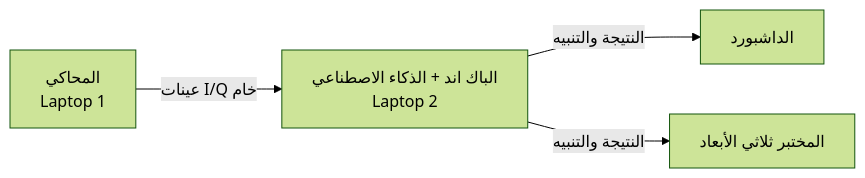
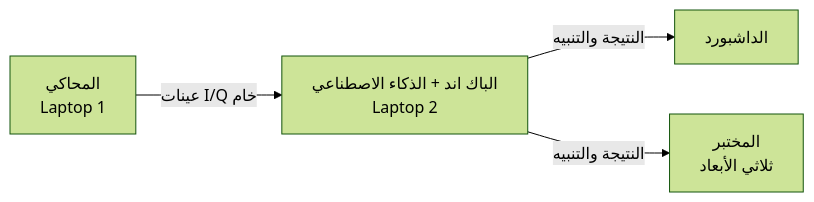
One commit to nihalalarifi/sarmad-em-sentinel changed the diagram in README.ar.md. Above: the diagram before and after it, drawn with Mermaid (forest theme). The commit also changed other lines of this file, not shown here.

````diff
--- a/README.ar.md
+++ b/README.ar.md
@@ -27,6 +29,6 @@
 ```mermaid
 flowchart LR
     A["المحاكي<br/>Laptop 1"] -- "عينات I/Q خام" --> B["الباك اند + الذكاء الاصطناعي<br/>Laptop 2"]
     B -- "النتيجة والتنبيه" --> C["الداشبورد"]
-    B -- "النتيجة والتنبيه" --> D["المختبر ثلاثي الأبعاد"]
+    B -- "النتيجة والتنبيه" --> D["المختبر<br/>ثلاثي الأبعاد"]
 ```
````
